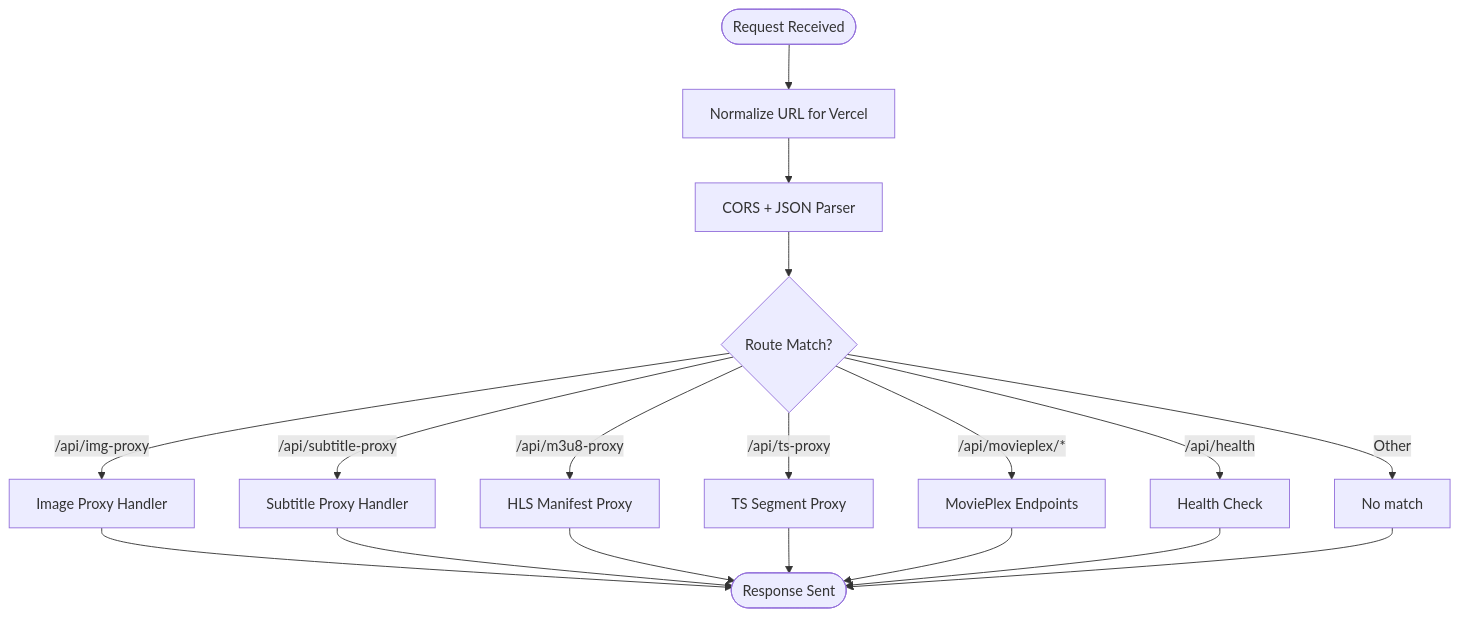
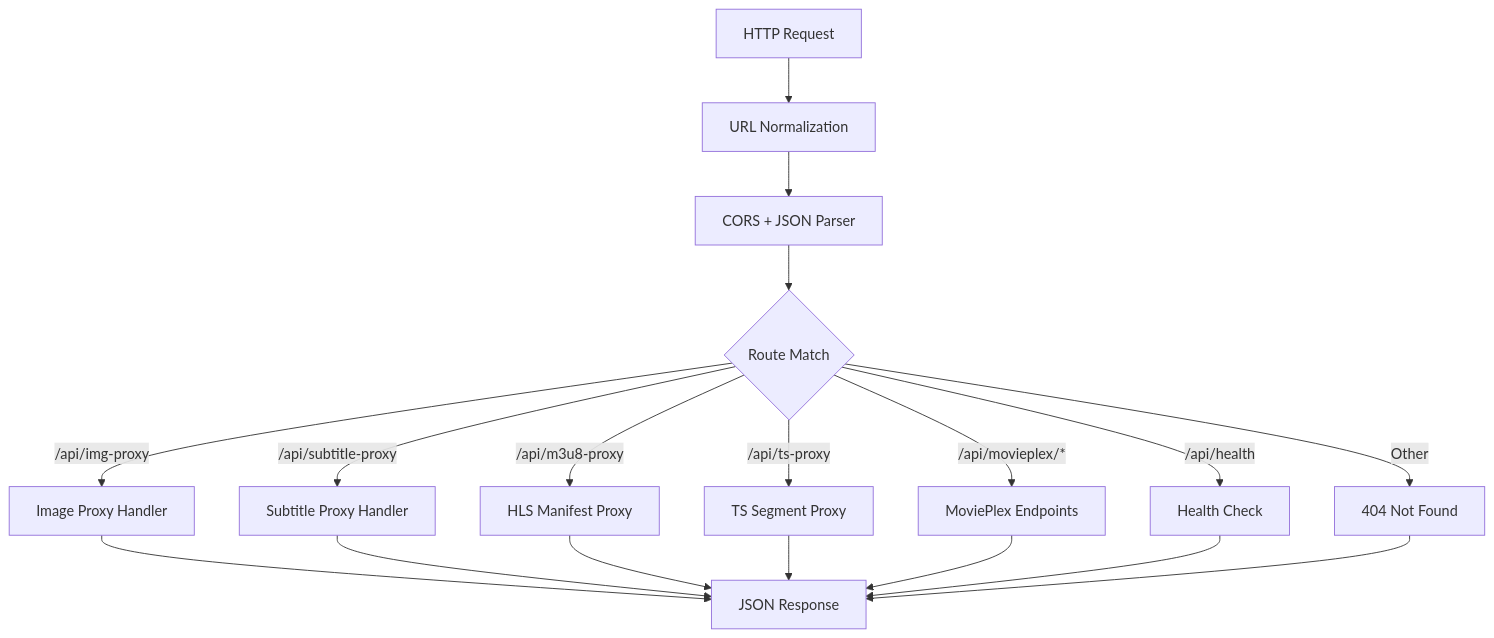
The fourth of 5 diagrams in .qoder/repowiki/en/content/Deployment & DevOps/Build Processes/Server Build Process.md (techniciansupremus-lab/Project-Anime), drawn with Mermaid before and after one commit. The commit also changed other lines of this file and 101 other files, not shown here.

````diff
--- a/.qoder/repowiki/en/content/Deployment & DevOps/Build Processes/Server Build Process.md
+++ b/.qoder/repowiki/en/content/Deployment & DevOps/Build Processes/Server Build Process.md
@@ -146,20 +253,20 @@
 ```mermaid
 flowchart TD
-Start(["Request Received"]) --> Normalize["Normalize URL for Vercel"]
+Request["HTTP Request"] --> Normalize["URL Normalization"]
 Normalize --> Middleware["CORS + JSON Parser"]
-Middleware --> Route{"Route Match?"}
-Route --> |/api/img-proxy| ImgProxy["Image Proxy Handler"]
-Route --> |/api/subtitle-proxy| SubProxy["Subtitle Proxy Handler"]
-Route --> |/api/m3u8-proxy| M3U8Proxy["HLS Manifest Proxy"]
-Route --> |/api/ts-proxy| TSProxy["TS Segment Proxy"]
-Route --> |/api/movieplex/*| MoviePlex["MoviePlex Endpoints"]
-Route --> |/api/health| Health["Health Check"]
-Route --> |Other| NotFound["No match"]
-ImgProxy --> End(["Response Sent"])
-SubProxy --> End
-M3U8Proxy --> End
-TSProxy --> End
-MoviePlex --> End
-Health --> End
-NotFound --> End
+Middleware --> RouteMatch{"Route Match"}
+RouteMatch --> |/api/img-proxy| ImageProxy["Image Proxy Handler"]
+RouteMatch --> |/api/subtitle-proxy| SubtitleProxy["Subtitle Proxy Handler"]
+RouteMatch --> |/api/m3u8-proxy| HLSProxy["HLS Manifest Proxy"]
+RouteMatch --> |/api/ts-proxy| TSProxy["TS Segment Proxy"]
+RouteMatch --> |/api/movieplex/*| MoviePlex["MoviePlex Endpoints"]
+RouteMatch --> |/api/health| Health["Health Check"]
+RouteMatch --> |Other| NotFound["404 Not Found"]
+ImageProxy --> Response["JSON Response"]
+SubtitleProxy --> Response
+HLSProxy --> Response
+TSProxy --> Response
+MoviePlex --> Response
+Health --> Response
+NotFound --> Response
 ```
````
